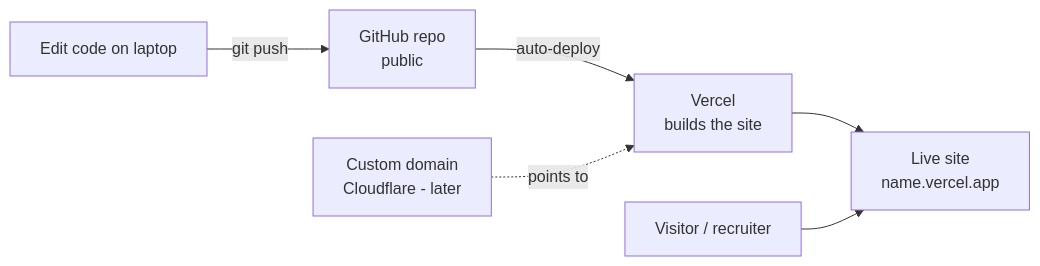
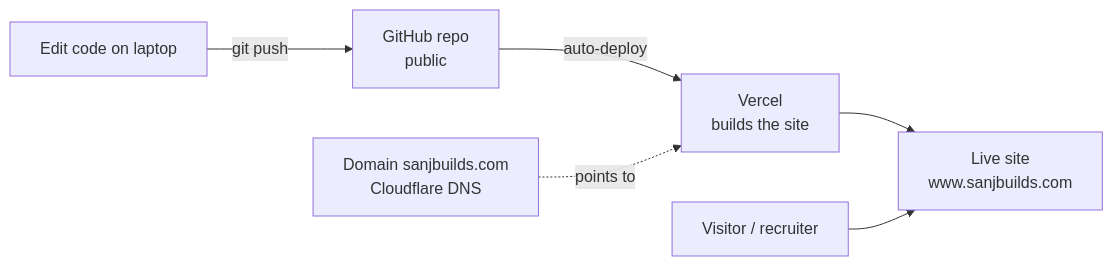
One commit to Sanjay617/my-own-website changed the first of 4 diagrams in PLAN.md. Above: the diagram before and after it, drawn with Mermaid. The commit also changed other lines of this file, not shown here.

````diff
--- a/PLAN.md
+++ b/PLAN.md
@@ -27,8 +28,8 @@
 ```mermaid
 flowchart LR
     A[Edit code on laptop] -->|git push| B[GitHub repo<br/>public]
     B -->|auto-deploy| C[Vercel<br/>builds the site]
-    C --> D[Live site<br/>name.vercel.app]
-    E[Custom domain<br/>Cloudflare - later] -.->|points to| C
+    C --> D[Live site<br/>www.sanjbuilds.com]
+    E[Domain sanjbuilds.com<br/>Cloudflare DNS] -.->|points to| C
     F[Visitor / recruiter] --> D
 ```
````
